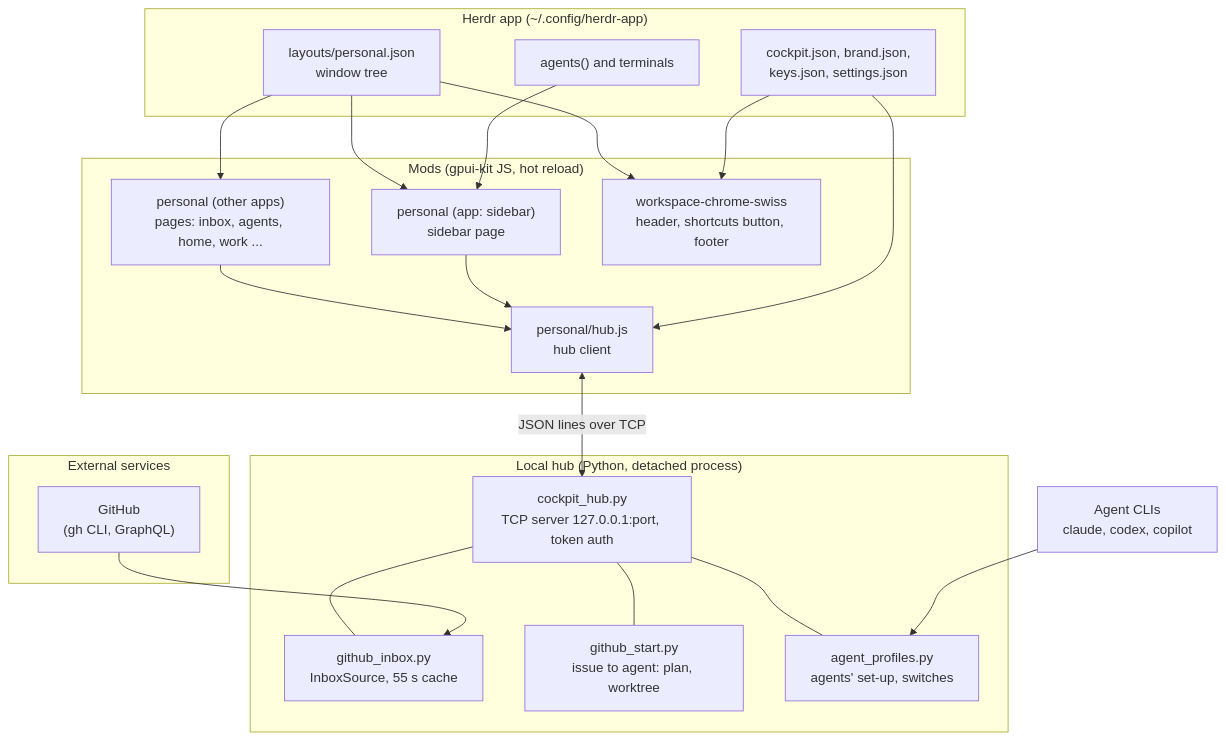
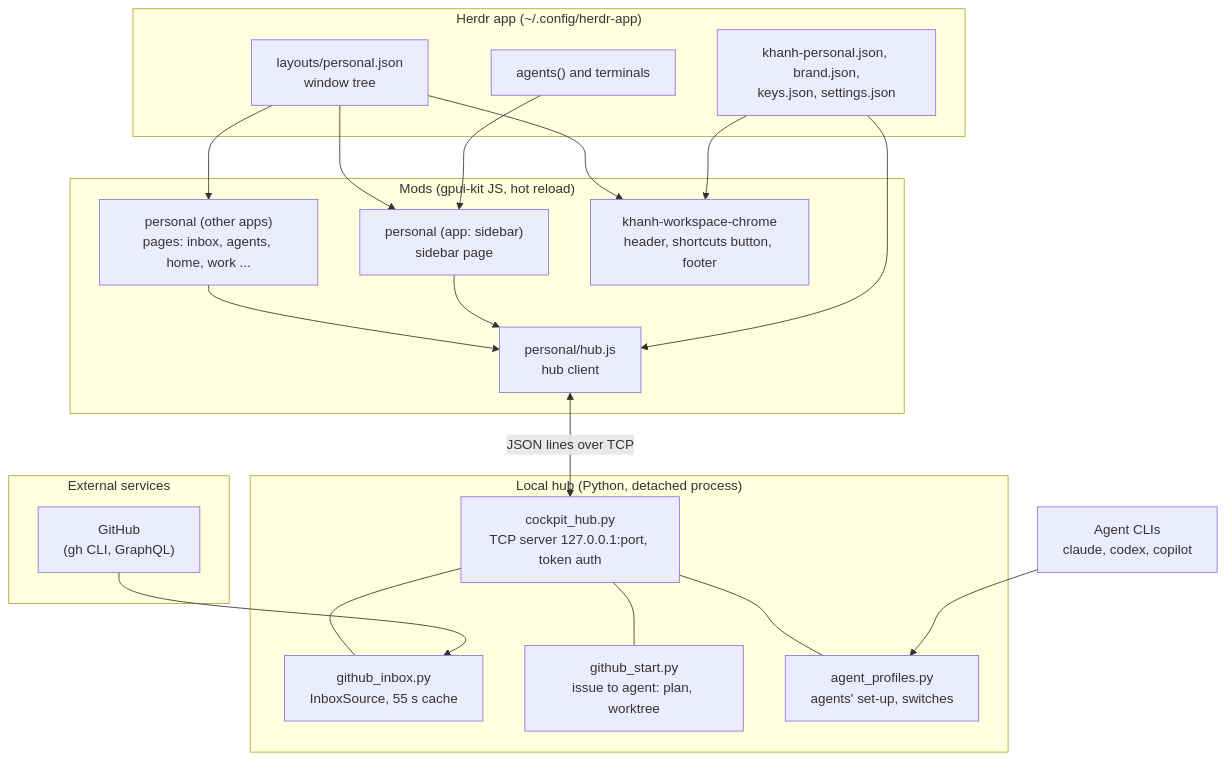
Before and after one commit to TQKNG/khanh-agent-workspace: the first of 12 diagrams in herdr-layouts/khanh-personal/ARCHITECTURE.md, drawn with Mermaid. The commit also changed other lines of this file and 367 other files, not shown here.

````diff
--- a/herdr-layouts/khanh-personal/ARCHITECTURE.md
+++ b/herdr-layouts/khanh-personal/ARCHITECTURE.md
@@ -8,41 +8,41 @@
 ```mermaid
 flowchart TB
     subgraph External["External services"]
         GH["GitHub<br/>(gh CLI, GraphQL)"]
     end
 
     subgraph Hub["Local hub (Python, detached process)"]
         HS["cockpit_hub.py<br/>TCP server 127.0.0.1:port, token auth"]
         GI["github_inbox.py<br/>InboxSource, 55 s cache"]
         GS["github_start.py<br/>issue to agent: plan, worktree"]
         AP["agent_profiles.py<br/>agents' set-up, switches"]
         HS --- GI
         HS --- GS
         HS --- AP
     end
 
     subgraph Mods["Mods (gpui-kit JS, hot reload)"]
         HJ["personal/hub.js<br/>hub client"]
         PG["personal (other apps)<br/>pages: inbox, agents, home, work ..."]
         SB["personal (app: sidebar)<br/>sidebar page"]
-        WC["workspace-chrome-swiss<br/>header, shortcuts button, footer"]
+        WC["khanh-workspace-chrome<br/>header, shortcuts button, footer"]
         PG --> HJ
         SB --> HJ
     end
 
     subgraph Herdr["Herdr app (~/.config/herdr-app)"]
         LY["layouts/personal.json<br/>window tree"]
         AG["agents() and terminals"]
-        CFG["cockpit.json, brand.json,<br/>keys.json, settings.json"]
+        CFG["khanh-personal.json, brand.json,<br/>keys.json, settings.json"]
     end
 
     GH --> GI
     CLI["Agent CLIs<br/>claude, codex, copilot"] --> AP
     HJ <-->|"JSON lines over TCP"| HS
     LY --> PG
     LY --> SB
     LY --> WC
     AG --> SB
     CFG --> HJ
     CFG --> WC
 ```
````
